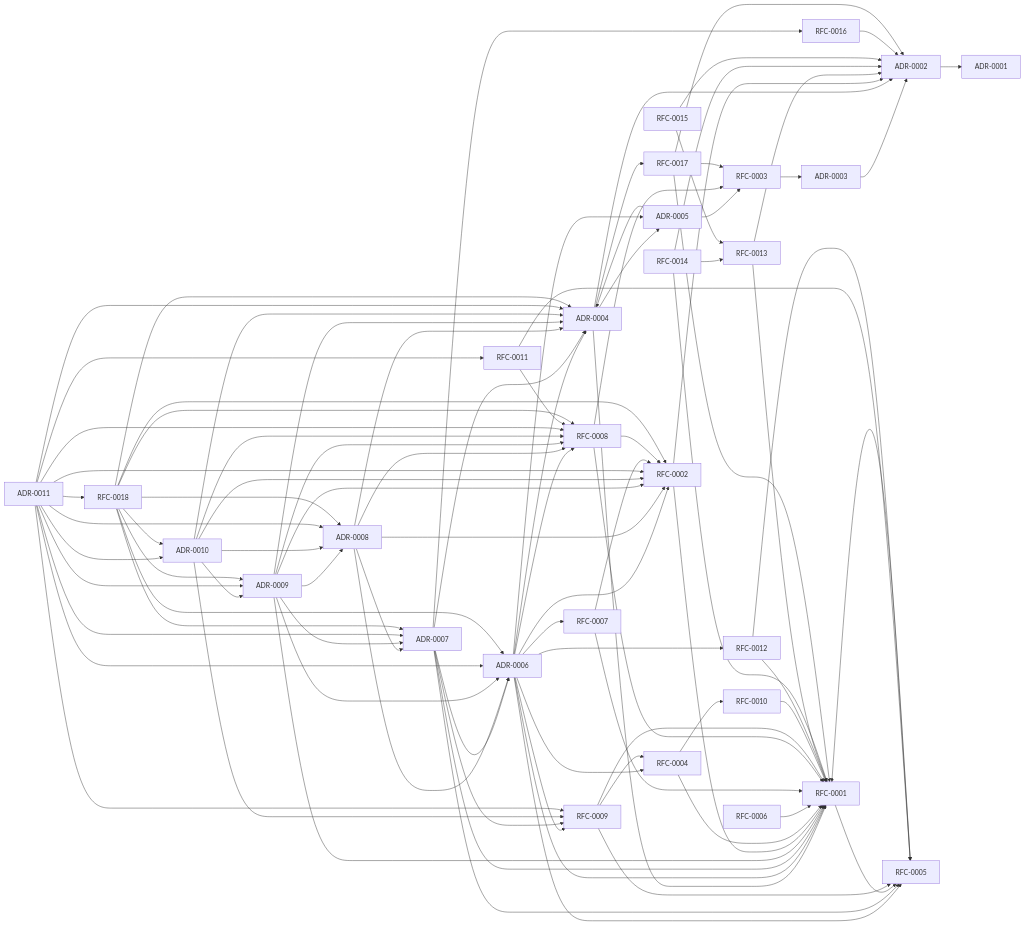
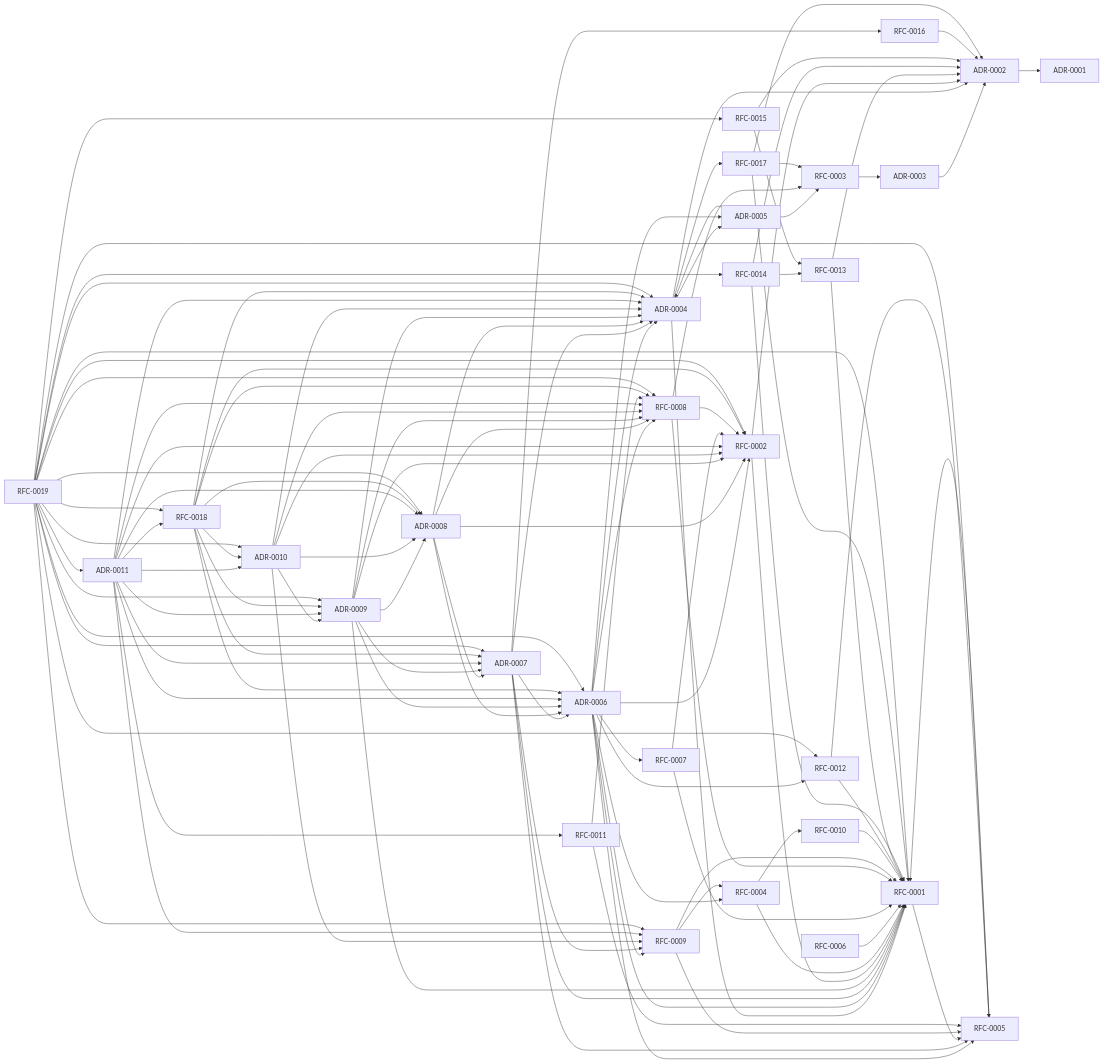
One commit to brilliantgibrann16/frontier-creative-os changed the diagram in docs/derived/DOCUMENT_GRAPH.md. Above: the diagram before and after it, drawn with Mermaid. The commit also changed other lines of this file and 5 other files, not shown here.

````diff
--- a/docs/derived/DOCUMENT_GRAPH.md
+++ b/docs/derived/DOCUMENT_GRAPH.md
@@ -104,6 +105,7 @@
   RFC0016["RFC-0016"]
   RFC0017["RFC-0017"]
   RFC0018["RFC-0018"]
+  RFC0019["RFC-0019"]
   ADR0002 --> ADR0001
   ADR0003 --> ADR0002
   ADR0004 --> ADR0002
@@ -197,4 +199,20 @@
   RFC0018 --> ADR0010
   RFC0018 --> RFC0002
   RFC0018 --> RFC0008
+  RFC0019 --> ADR0004
+  RFC0019 --> ADR0006
+  RFC0019 --> ADR0007
+  RFC0019 --> ADR0008
+  RFC0019 --> ADR0009
+  RFC0019 --> ADR0010
+  RFC0019 --> ADR0011
+  RFC0019 --> RFC0001
+  RFC0019 --> RFC0002
+  RFC0019 --> RFC0005
+  RFC0019 --> RFC0008
+  RFC0019 --> RFC0009
+  RFC0019 --> RFC0012
+  RFC0019 --> RFC0014
+  RFC0019 --> RFC0015
+  RFC0019 --> RFC0018
 ```
````
